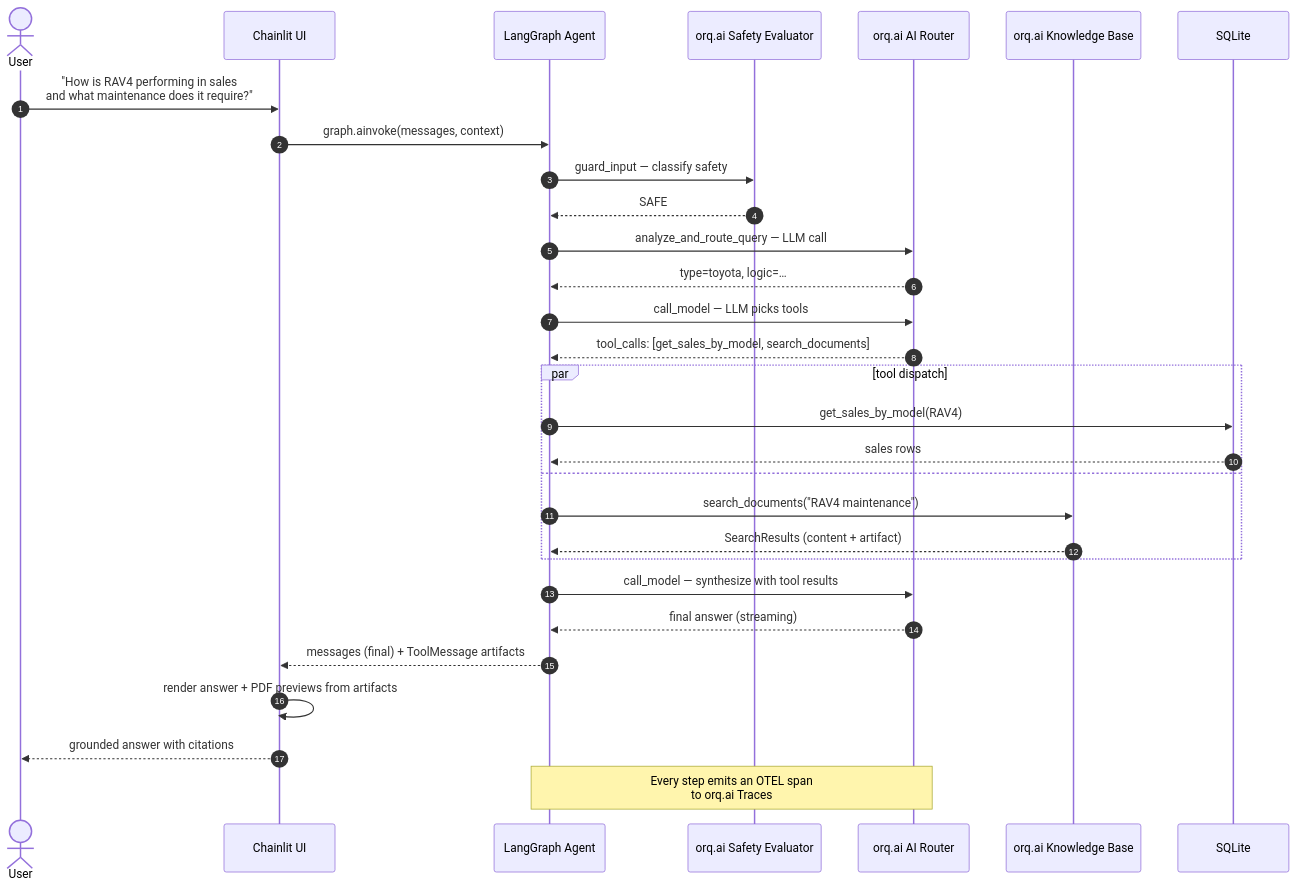
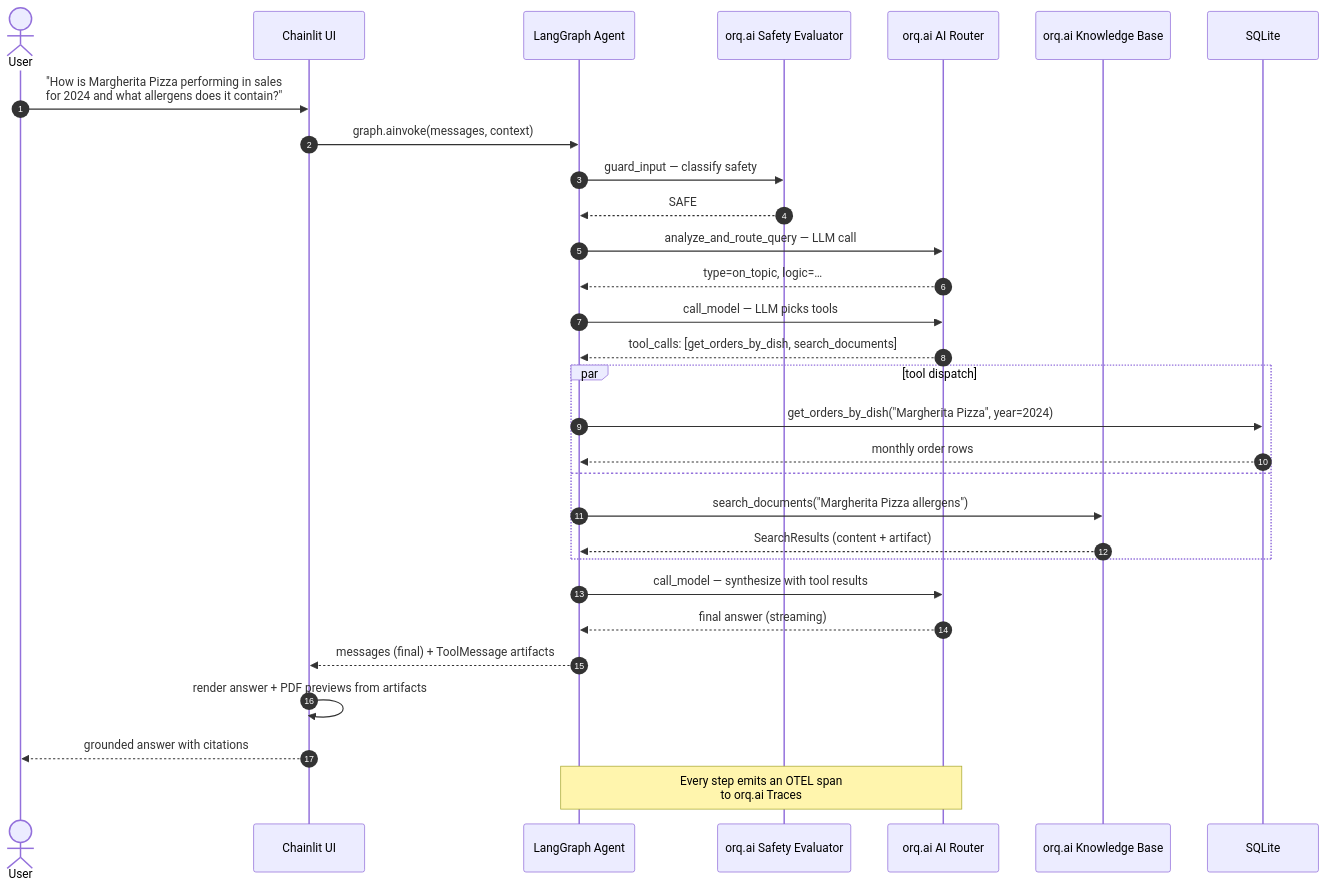
Before and after one commit to orq-ai/orq-langgraph-demo: the second of 2 diagrams in ARCHITECTURE.md, drawn with Mermaid. The commit also changed other lines of this file and 4 other files, not shown here.

````diff
--- a/ARCHITECTURE.md
+++ b/ARCHITECTURE.md
@@ -106,40 +108,40 @@
 ```mermaid
 sequenceDiagram
     autonumber
     actor User
     participant Chainlit as Chainlit UI
     participant Graph as LangGraph Agent
     participant OrqEval as orq.ai Safety Evaluator
     participant Router as orq.ai AI Router
     participant KB as orq.ai Knowledge Base
     participant SQL as SQLite
 
-    User->>Chainlit: "How is RAV4 performing in sales<br/>and what maintenance does it require?"
+    User->>Chainlit: "How is Margherita Pizza performing in sales<br/>for 2024 and what allergens does it contain?"
     Chainlit->>Graph: graph.ainvoke(messages, context)
 
     Graph->>OrqEval: guard_input — classify safety
     OrqEval-->>Graph: SAFE
 
     Graph->>Router: analyze_and_route_query — LLM call
-    Router-->>Graph: type=toyota, logic=…
+    Router-->>Graph: type=on_topic, logic=…
 
     Graph->>Router: call_model — LLM picks tools
-    Router-->>Graph: tool_calls: [get_sales_by_model, search_documents]
+    Router-->>Graph: tool_calls: [get_orders_by_dish, search_documents]
 
     par tool dispatch
-        Graph->>SQL: get_sales_by_model(RAV4)
-        SQL-->>Graph: sales rows
+        Graph->>SQL: get_orders_by_dish("Margherita Pizza", year=2024)
+        SQL-->>Graph: monthly order rows
     and
-        Graph->>KB: search_documents("RAV4 maintenance")
+        Graph->>KB: search_documents("Margherita Pizza allergens")
         KB-->>Graph: SearchResults (content + artifact)
     end
 
     Graph->>Router: call_model — synthesize with tool results
     Router-->>Graph: final answer (streaming)
 
     Graph-->>Chainlit: messages (final) + ToolMessage artifacts
     Chainlit->>Chainlit: render answer + PDF previews from artifacts
     Chainlit-->>User: grounded answer with citations
 
     Note over Graph,Router: Every step emits an OTEL span<br/>to orq.ai Traces
 ```
````
